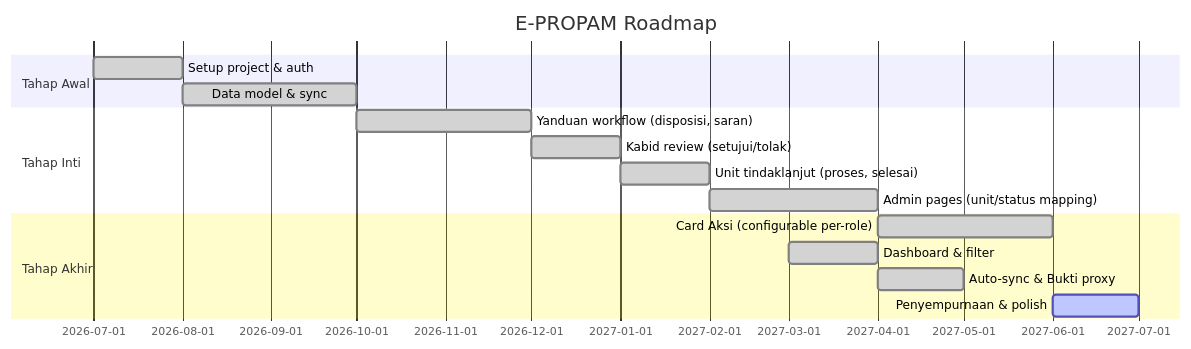
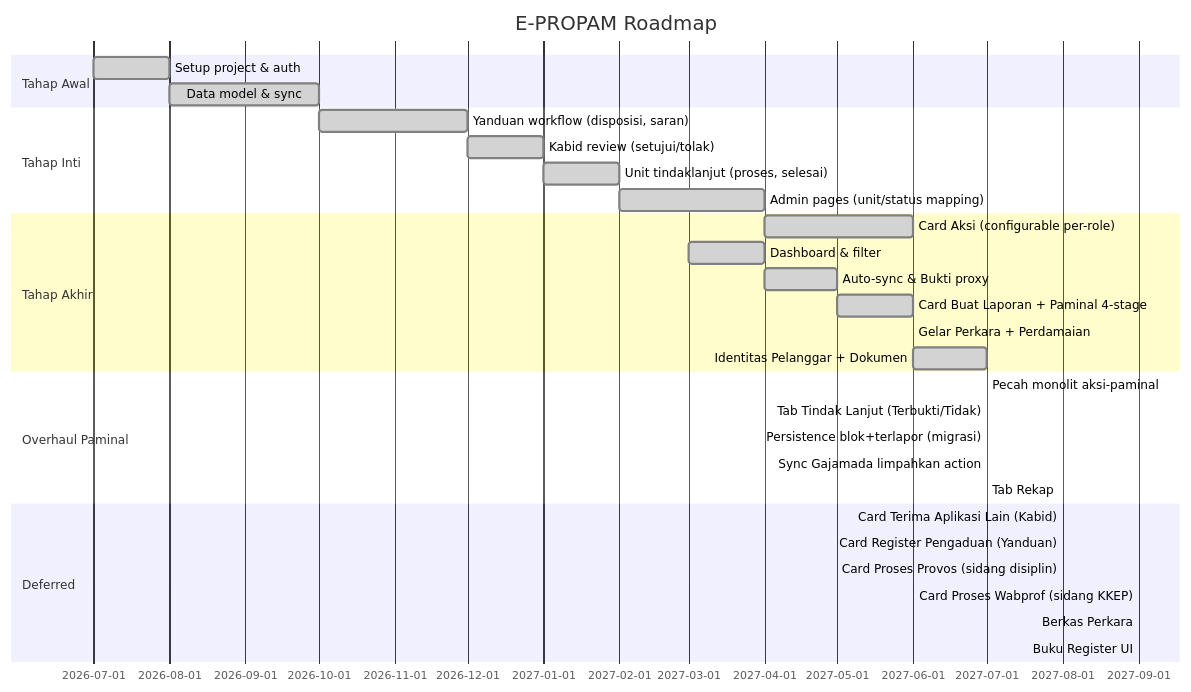
Before and after one commit to Kilodash/e-propam: the diagram in brain/roadmap.md, drawn with Mermaid. The commit also changed other lines of this file and 292 other files, not shown here.

First line of the commit message:
feat: paminal overhaul + ruflo v3 integration

````diff
--- a/brain/roadmap.md
+++ b/brain/roadmap.md
@@ -12,18 +21,33 @@
 ```mermaid
 gantt
     title E-PROPAM Roadmap
     dateFormat  YYYY-MM
     section Tahap Awal
     Setup project & auth         :done, 2026-07, 2026-08
     Data model & sync            :done, 2026-08, 2026-10
     section Tahap Inti
     Yanduan workflow (disposisi, saran) :done, 2026-10, 2026-12
     Kabid review (setujui/tolak)        :done, 2026-12, 2027-01
     Unit tindaklanjut (proses, selesai) :done, 2027-01, 2027-02
     Admin pages (unit/status mapping)   :done, 2027-02, 2027-04
     section Tahap Akhir
     Card Aksi (configurable per-role)   :done, 2027-04, 2027-06
     Dashboard & filter                  :done, 2027-03, 2027-04
     Auto-sync & Bukti proxy             :done, 2027-04, 2027-05
-    Penyempurnaan & polish              :active, 2027-06, 2027-07
+    Card Buat Laporan + Paminal 4-stage :done, 2027-05, 2027-06
+    Gelar Perkara + Perdamaian          :done, 2027-06, 2027-06
+    Identitas Pelanggar + Dokumen       :done, 2027-06, 2027-07
+    section Overhaul Paminal
+    Pecah monolit aksi-paminal          :done, 2027-07, 2027-07
+    Tab Tindak Lanjut (Terbukti/Tidak)  :done, 2027-07, 2027-07
+    Persistence blok+terlapor (migrasi) :done, 2027-07, 2027-07
+    Sync Gajamada limpahkan action      :done, 2027-07, 2027-07
+    Tab Rekap                           :done, 2027-07, 2027-07
+    section Deferred
+    Card Terima Aplikasi Lain (Kabid)   :pending, 2027-08, 2027-08
+    Card Register Pengaduan (Yanduan)   :pending, 2027-08, 2027-08
+    Card Proses Provos (sidang disiplin):pending, 2027-08, 2027-08
+    Card Proses Wabprof (sidang KKEP)   :pending, 2027-09, 2027-09
+    Berkas Perkara                      :pending, 2027-09, 2027-09
+    Buku Register UI                    :pending, 2027-09, 2027-09
 ```
````
